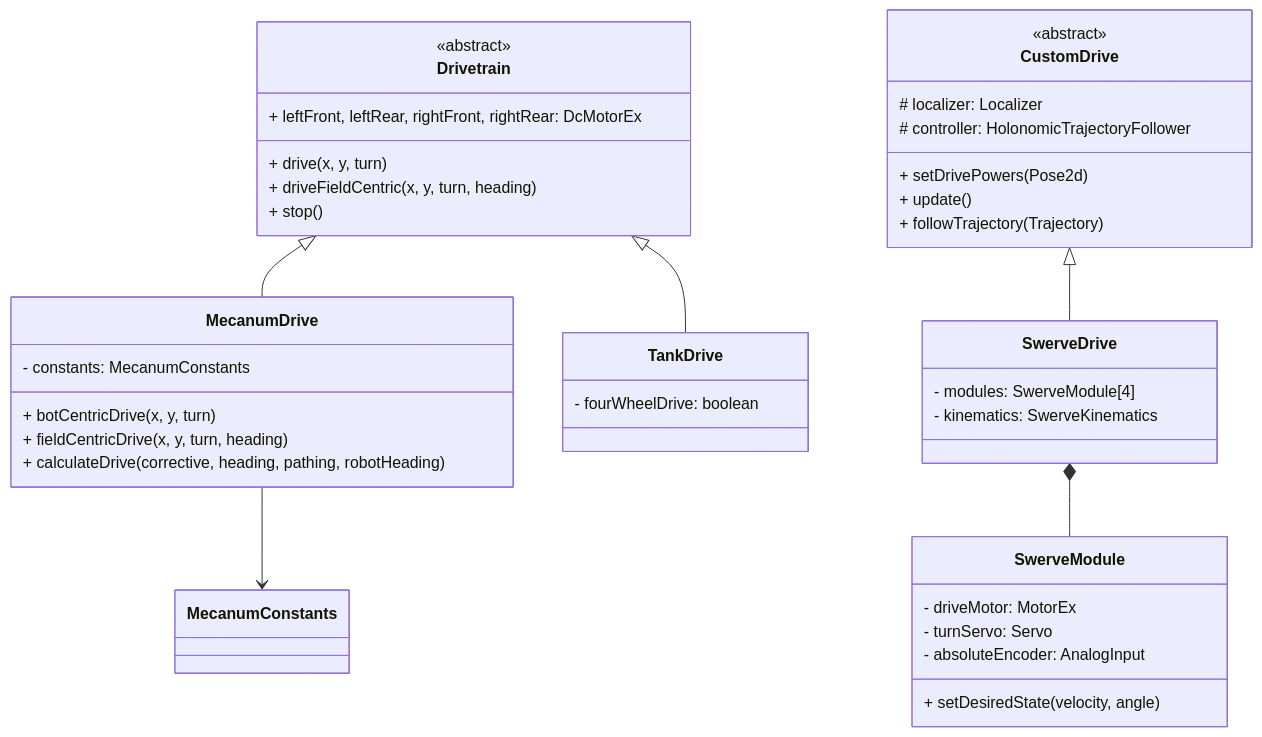
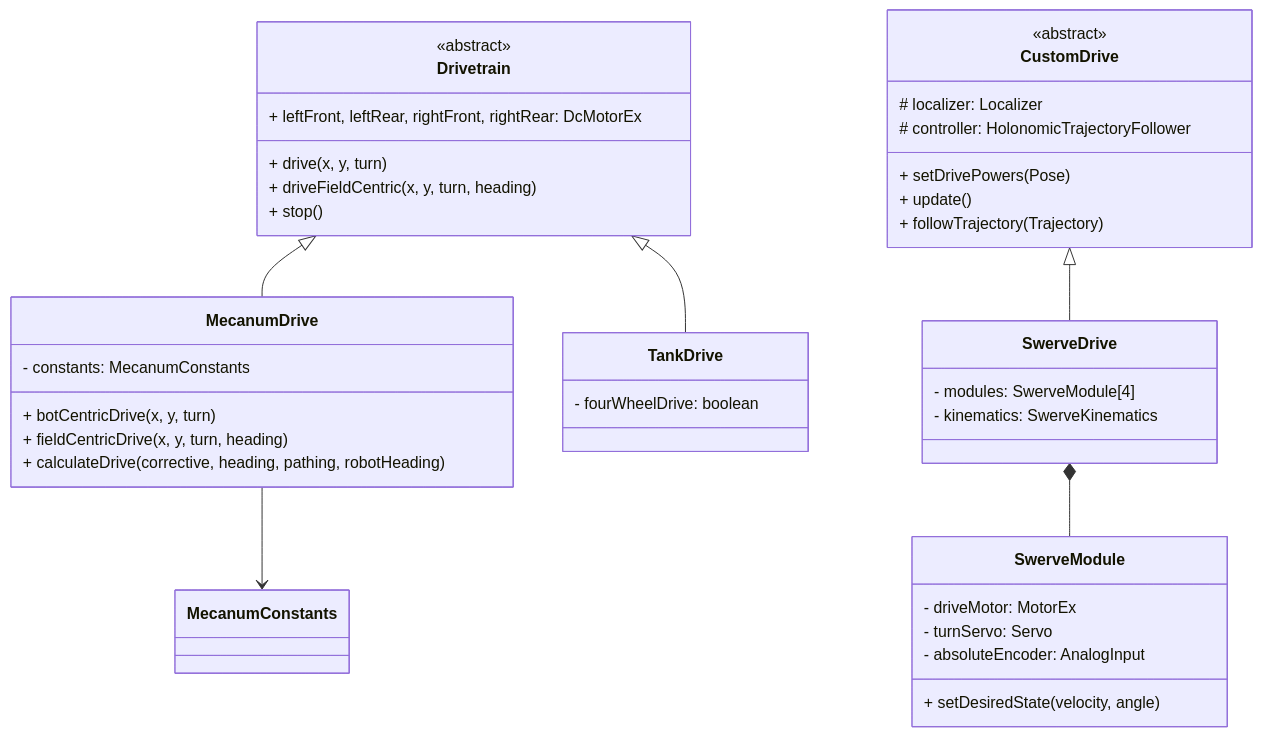
Before and after one commit to Supposeduck30/MooseX: the first of 5 diagrams in ARCHITECTURE.md, drawn with Mermaid. The commit also changed other lines of this file and 23 other files, not shown here.

````diff
--- a/ARCHITECTURE.md
+++ b/ARCHITECTURE.md
@@ -20,43 +19,43 @@
 ```mermaid
 classDiagram
     class Drivetrain {
         <<abstract>>
         + leftFront, leftRear, rightFront, rightRear: DcMotorEx
         + drive(x, y, turn)
         + driveFieldCentric(x, y, turn, heading)
         + stop()
     }
     class MecanumDrive {
         - constants: MecanumConstants
         + botCentricDrive(x, y, turn)
         + fieldCentricDrive(x, y, turn, heading)
         + calculateDrive(corrective, heading, pathing, robotHeading)
     }
     class TankDrive {
         - fourWheelDrive: boolean
     }
     class CustomDrive {
         <<abstract>>
         # localizer: Localizer
         # controller: HolonomicTrajectoryFollower
-        + setDrivePowers(Pose2d)
+        + setDrivePowers(Pose)
         + update()
         + followTrajectory(Trajectory)
     }
     class SwerveDrive {
         - modules: SwerveModule[4]
         - kinematics: SwerveKinematics
     }
     class SwerveModule {
         - driveMotor: MotorEx
         - turnServo: Servo
         - absoluteEncoder: AnalogInput
         + setDesiredState(velocity, angle)
     }
 
     Drivetrain <|-- MecanumDrive
     Drivetrain <|-- TankDrive
     CustomDrive <|-- SwerveDrive
     SwerveDrive *-- SwerveModule
     MecanumDrive --> MecanumConstants
 ```
````
